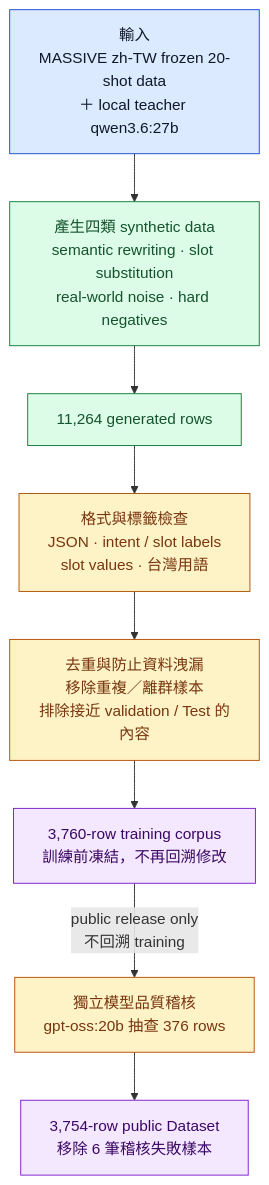
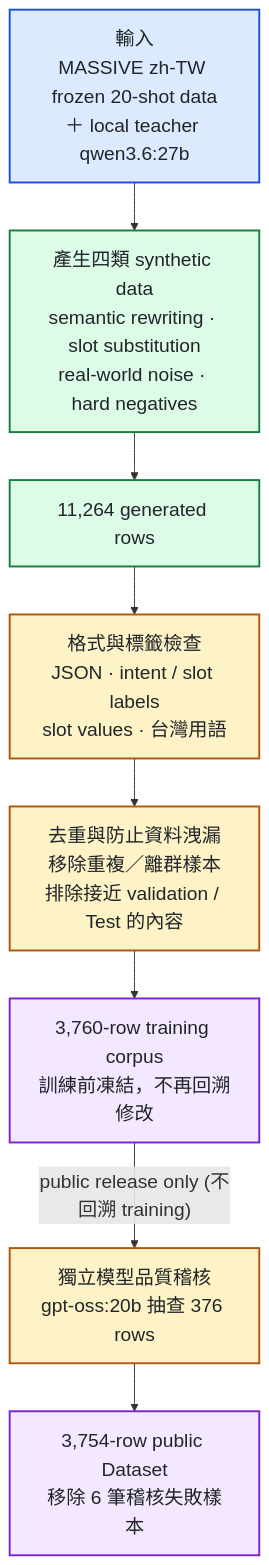
Before and after one commit to kuotunyu/FormosaNLU-Synth: the first of 2 diagrams in README.md, drawn with Mermaid. The commit also changed other lines of this file and 1 other file, not shown here.

Commit message:
docs: overhaul README with 20px Mermaid flowcharts and solid black text

````diff
--- a/README.md
+++ b/README.md
@@ -81,23 +83,25 @@
 ```mermaid
+%%{init: {'themeVariables': {'fontSize': '20px'}}}%%
 flowchart TB
     Inputs["輸入<br/>MASSIVE zh-TW frozen 20-shot data<br/>＋ local teacher qwen3.6:27b"]
     Recipes["產生四類 synthetic data<br/>semantic rewriting · slot substitution<br/>real-world noise · hard negatives"]
     Generated["11,264 generated rows"]
     Checks["格式與標籤檢查<br/>JSON · intent / slot labels<br/>slot values · 台灣用語"]
     Safety["去重與防止資料洩漏<br/>移除重複／離群樣本<br/>排除接近 validation / Test 的內容"]
     Primary["3,760-row training corpus<br/>訓練前凍結，不再回溯修改"]
     Judge["獨立模型品質稽核<br/>gpt-oss:20b 抽查 376 rows"]
     Public["3,754-row public Dataset<br/>移除 6 筆稽核失敗樣本"]
 
     Inputs --> Recipes --> Generated --> Checks --> Safety --> Primary
-    Primary -->|"public release only<br/>不回溯 training"| Judge --> Public
+    Primary -->|"public release only (不回溯 training)"| Judge --> Public
 
-    classDef source fill:#DBEAFE,stroke:#1D4ED8,color:#0F172A
-    classDef process fill:#DCFCE7,stroke:#15803D,color:#14532D
-    classDef gate fill:#FEF3C7,stroke:#B45309,color:#78350F
-    classDef artifact fill:#F3E8FF,stroke:#7E22CE,color:#3B0764
+    classDef source fill:#DBEAFE,stroke:#1D4ED8,stroke-width:2px,color:#212529
+    classDef process fill:#DCFCE7,stroke:#15803D,stroke-width:2px,color:#212529
+    classDef gate fill:#FEF3C7,stroke:#B45309,stroke-width:2px,color:#212529
+    classDef artifact fill:#F3E8FF,stroke:#7E22CE,stroke-width:2px,color:#212529
+    
     class Inputs source
     class Recipes,Generated process
     class Checks,Safety,Judge gate
     class Primary,Public artifact
 ```
````
